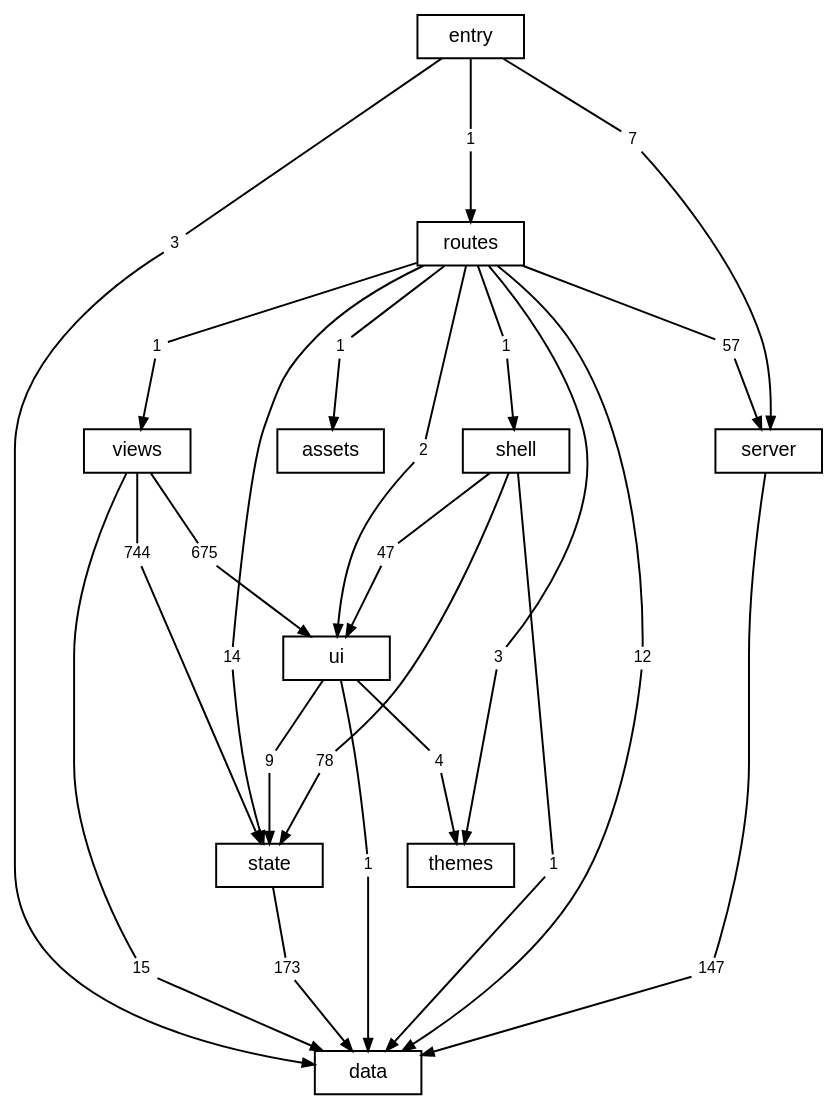
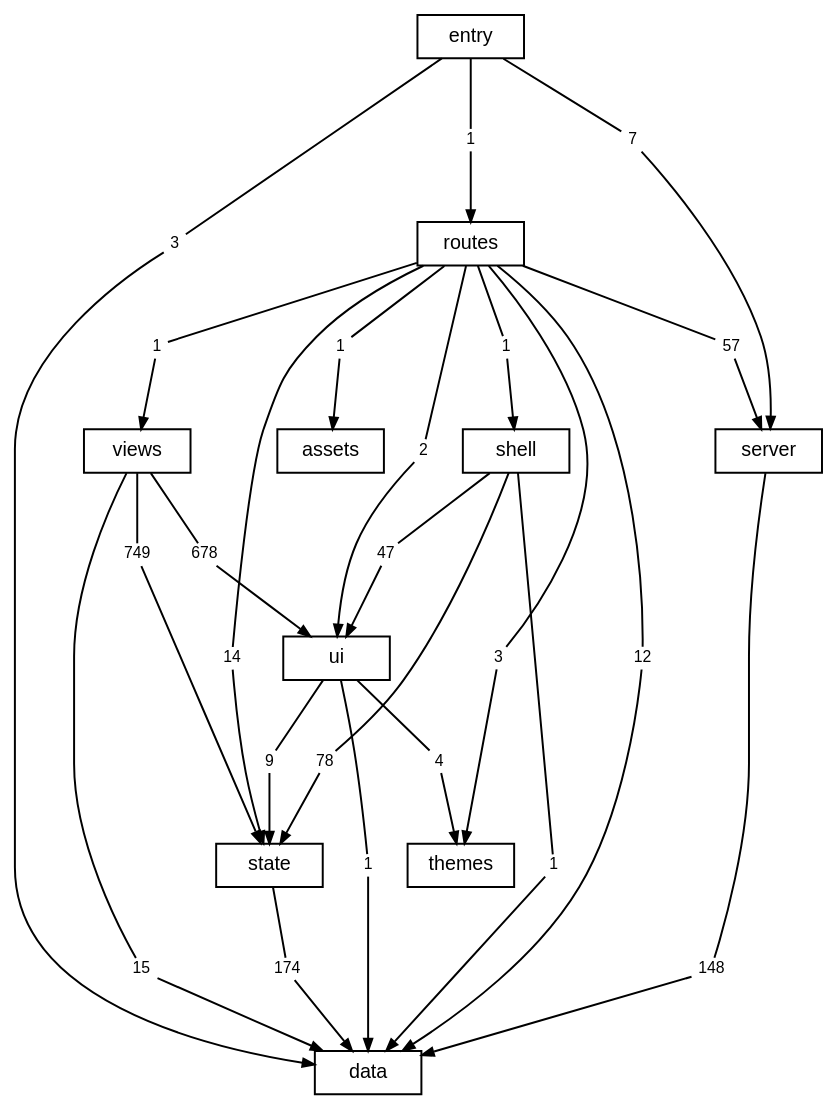
Before and after one commit to TheAxeC/oculus: the diagram in docs/diagrams/layers.dot, drawn with Graphviz. The commit also changed 46 other files, not shown here.

```diff
--- a/docs/diagrams/layers.dot
+++ b/docs/diagrams/layers.dot
@@ -1,81 +1,81 @@
 digraph layers {
     graph [bgcolor="transparent", rankdir=TB, newrank=true, fontname="Helvetica,Arial,sans-serif", fontsize=12, nodesep=0.2, ranksep=0.5];
     node [shape=box, color="black", fontcolor="black", fontname="Helvetica,Arial,sans-serif", fontsize=10, height=0.3, margin="0.12,0.04"];
     edge [color="black", fontcolor="black", fontname="Helvetica,Arial,sans-serif", fontsize=8, arrowsize=0.6];
     "data";
     "server";
     "state";
     "ui";
     "shell";
     "views";
     "themes";
     "routes";
     "src" [label="entry"];
     "files: assets" [label="assets"];
     "routes to data" [label="12", shape=box, color="transparent", fontsize=8, width=0, height=0, margin="0.04,0.02"];
     "routes" -> "routes to data" [arrowhead=none];
     "routes to data" -> "data" [];
     "routes to files: assets" [label="1", shape=box, color="transparent", fontsize=8, width=0, height=0, margin="0.04,0.02"];
     "routes" -> "routes to files: assets" [arrowhead=none];
     "routes to files: assets" -> "files: assets" [];
     "routes to server" [label="57", shape=box, color="transparent", fontsize=8, width=0, height=0, margin="0.04,0.02"];
     "routes" -> "routes to server" [arrowhead=none];
     "routes to server" -> "server" [];
     "routes to shell" [label="1", shape=box, color="transparent", fontsize=8, width=0, height=0, margin="0.04,0.02"];
     "routes" -> "routes to shell" [arrowhead=none];
     "routes to shell" -> "shell" [];
     "routes to state" [label="14", shape=box, color="transparent", fontsize=8, width=0, height=0, margin="0.04,0.02"];
     "routes" -> "routes to state" [arrowhead=none];
     "routes to state" -> "state" [];
     "routes to themes" [label="3", shape=box, color="transparent", fontsize=8, width=0, height=0, margin="0.04,0.02"];
     "routes" -> "routes to themes" [arrowhead=none];
     "routes to themes" -> "themes" [];
     "routes to ui" [label="2", shape=box, color="transparent", fontsize=8, width=0, height=0, margin="0.04,0.02"];
     "routes" -> "routes to ui" [arrowhead=none];
     "routes to ui" -> "ui" [];
     "routes to views" [label="1", shape=box, color="transparent", fontsize=8, width=0, height=0, margin="0.04,0.02"];
     "routes" -> "routes to views" [arrowhead=none];
     "routes to views" -> "views" [];
-    "server to data" [label="147", shape=box, color="transparent", fontsize=8, width=0, height=0, margin="0.04,0.02"];
+    "server to data" [label="148", shape=box, color="transparent", fontsize=8, width=0, height=0, margin="0.04,0.02"];
     "server" -> "server to data" [arrowhead=none];
     "server to data" -> "data" [];
     "shell to data" [label="1", shape=box, color="transparent", fontsize=8, width=0, height=0, margin="0.04,0.02"];
     "shell" -> "shell to data" [arrowhead=none];
     "shell to data" -> "data" [];
     "shell to state" [label="78", shape=box, color="transparent", fontsize=8, width=0, height=0, margin="0.04,0.02"];
     "shell" -> "shell to state" [arrowhead=none];
     "shell to state" -> "state" [];
     "shell to ui" [label="47", shape=box, color="transparent", fontsize=8, width=0, height=0, margin="0.04,0.02"];
     "shell" -> "shell to ui" [arrowhead=none];
     "shell to ui" -> "ui" [];
     "src to data" [label="3", shape=box, color="transparent", fontsize=8, width=0, height=0, margin="0.04,0.02"];
     "src" -> "src to data" [arrowhead=none];
     "src to data" -> "data" [];
     "src to routes" [label="1", shape=box, color="transparent", fontsize=8, width=0, height=0, margin="0.04,0.02"];
     "src" -> "src to routes" [arrowhead=none];
     "src to routes" -> "routes" [];
     "src to server" [label="7", shape=box, color="transparent", fontsize=8, width=0, height=0, margin="0.04,0.02"];
     "src" -> "src to server" [arrowhead=none];
     "src to server" -> "server" [];
-    "state to data" [label="173", shape=box, color="transparent", fontsize=8, width=0, height=0, margin="0.04,0.02"];
+    "state to data" [label="174", shape=box, color="transparent", fontsize=8, width=0, height=0, margin="0.04,0.02"];
     "state" -> "state to data" [arrowhead=none];
     "state to data" -> "data" [];
     "ui to data" [label="1", shape=box, color="transparent", fontsize=8, width=0, height=0, margin="0.04,0.02"];
     "ui" -> "ui to data" [arrowhead=none];
     "ui to data" -> "data" [];
     "ui to state" [label="9", shape=box, color="transparent", fontsize=8, width=0, height=0, margin="0.04,0.02"];
     "ui" -> "ui to state" [arrowhead=none];
     "ui to state" -> "state" [];
     "ui to themes" [label="4", shape=box, color="transparent", fontsize=8, width=0, height=0, margin="0.04,0.02"];
     "ui" -> "ui to themes" [arrowhead=none];
     "ui to themes" -> "themes" [];
     "views to data" [label="15", shape=box, color="transparent", fontsize=8, width=0, height=0, margin="0.04,0.02"];
     "views" -> "views to data" [arrowhead=none];
     "views to data" -> "data" [];
-    "views to state" [label="744", shape=box, color="transparent", fontsize=8, width=0, height=0, margin="0.04,0.02"];
+    "views to state" [label="749", shape=box, color="transparent", fontsize=8, width=0, height=0, margin="0.04,0.02"];
     "views" -> "views to state" [arrowhead=none];
     "views to state" -> "state" [];
-    "views to ui" [label="675", shape=box, color="transparent", fontsize=8, width=0, height=0, margin="0.04,0.02"];
+    "views to ui" [label="678", shape=box, color="transparent", fontsize=8, width=0, height=0, margin="0.04,0.02"];
     "views" -> "views to ui" [arrowhead=none];
     "views to ui" -> "ui" [];
 }
```
